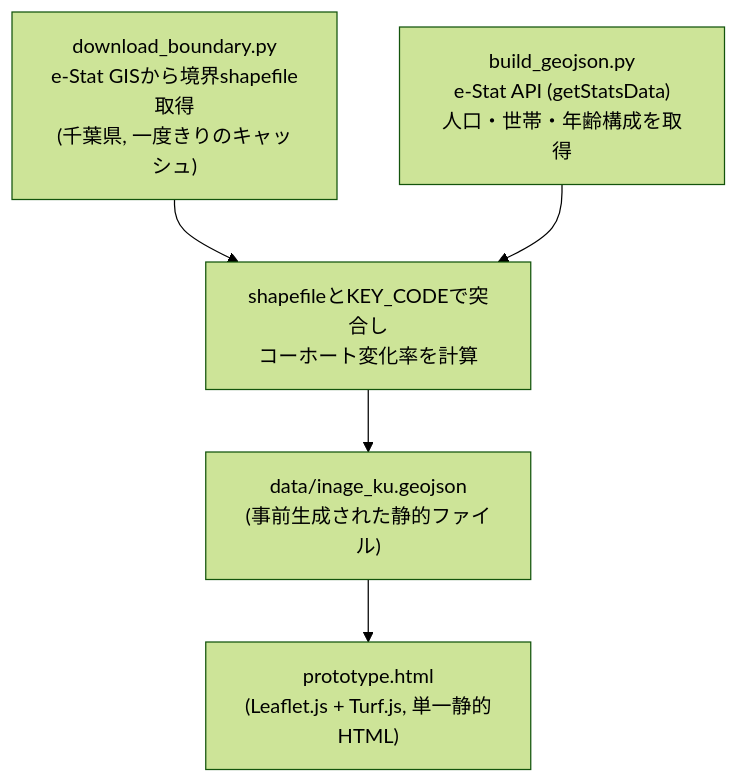
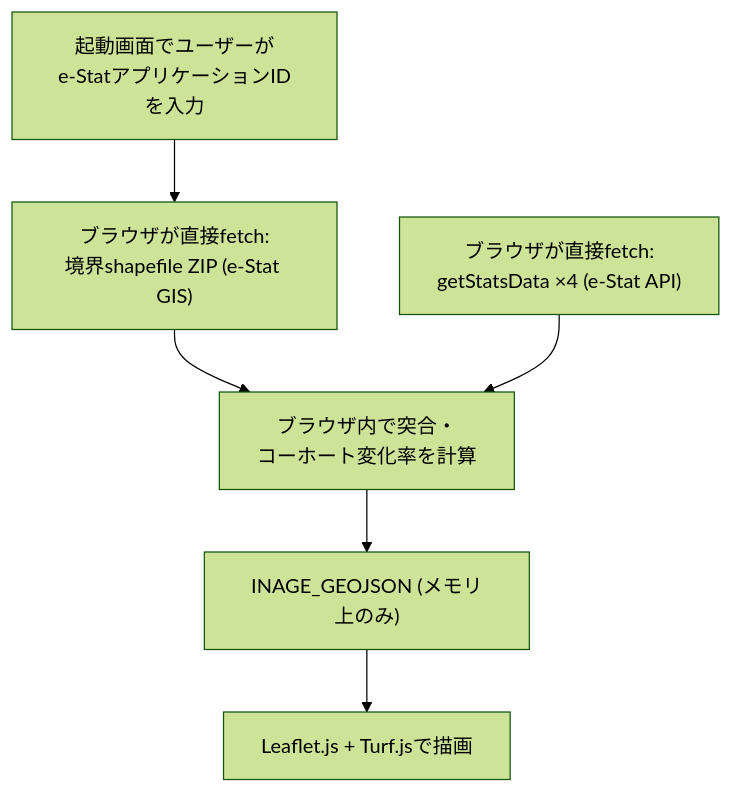
One commit to cloud42-labo/experimental changed the diagram in store-survival-simulator-design-doc.md. Above: the diagram before and after it, drawn with Mermaid (forest theme). The commit also changed other lines of this file and 2 other files, not shown here.

First line of the commit message:
Fetch e-Stat data live in-browser using a user-entered API key

````diff
--- a/store-survival-simulator-design-doc.md
+++ b/store-survival-simulator-design-doc.md
@@ -16,7 +18,8 @@
 ```mermaid
 flowchart TD
-    A["download_boundary.py\ne-Stat GISから境界shapefile取得\n(千葉県, 一度きりのキャッシュ)"] --> C
-    B["build_geojson.py\ne-Stat API (getStatsData)\n人口・世帯・年齢構成を取得"] --> C["shapefileとKEY_CODEで突合し\nコーホート変化率を計算"]
-    C --> D["data/inage_ku.geojson\n(事前生成された静的ファイル)"]
-    D --> E["prototype.html\n(Leaflet.js + Turf.js, 単一静的HTML)"]
+    A["起動画面でユーザーが\ne-StatアプリケーションIDを入力"] --> B
+    B["ブラウザが直接fetch:\n境界shapefile ZIP (e-Stat GIS)"] --> D
+    C["ブラウザが直接fetch:\ngetStatsData ×4 (e-Stat API)"] --> D["ブラウザ内で突合・\nコーホート変化率を計算"]
+    D --> E["INAGE_GEOJSON (メモリ上のみ)"]
+    E --> F["Leaflet.js + Turf.jsで描画"]
 ```
````
